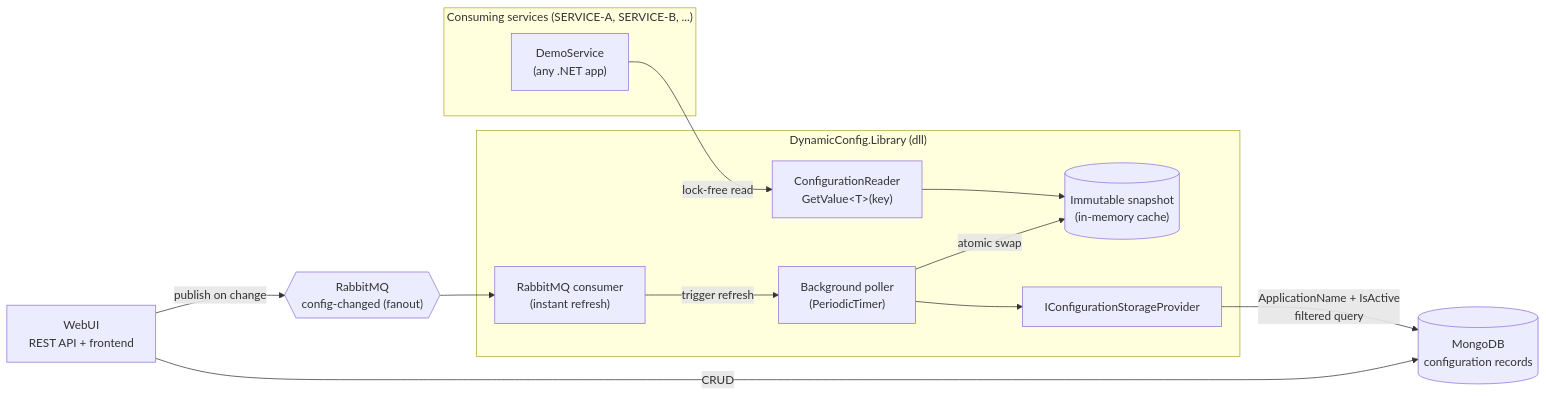
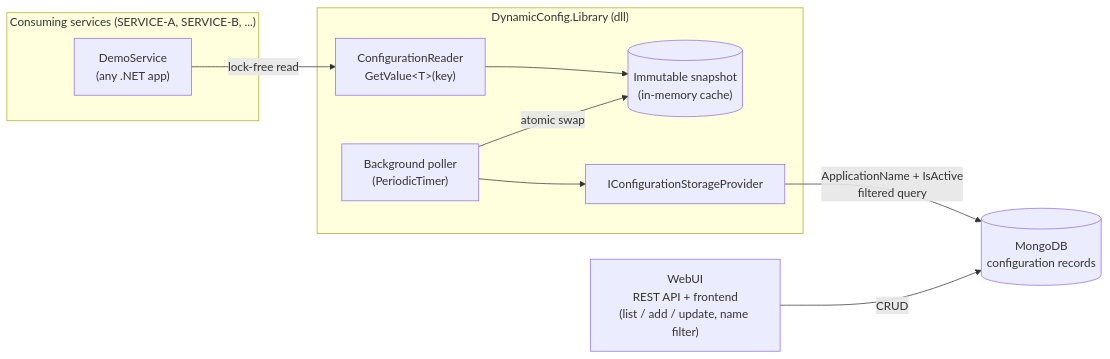
The first of 3 diagrams in docs/architecture.md (nuri35/dynamic-config-net), drawn with Mermaid before and after one commit. The commit also changed other lines of this file and 7 other files, not shown here.

````diff
--- a/docs/architecture.md
+++ b/docs/architecture.md
@@ -7,28 +7,23 @@
 ```mermaid
 flowchart LR
     subgraph consumers["Consuming services (SERVICE-A, SERVICE-B, ...)"]
         APP["DemoService<br/>(any .NET app)"]
     end
 
     subgraph lib["DynamicConfig.Library (dll)"]
         CR["ConfigurationReader<br/>GetValue&lt;T&gt;(key)"]
         SNAP[("Immutable snapshot<br/>(in-memory cache)")]
         POLL["Background poller<br/>(PeriodicTimer)"]
-        SUB["RabbitMQ consumer<br/>(instant refresh)"]
         PROV["IConfigurationStorageProvider"]
     end
 
     MONGO[("MongoDB<br/>configuration records")]
-    MQ{{"RabbitMQ<br/>config-changed (fanout)"}}
-    UI["WebUI<br/>REST API + frontend"]
+    UI["WebUI<br/>REST API + frontend<br/>(list / add / update, name filter)"]
 
     APP -- "lock-free read" --> CR
     CR --> SNAP
     POLL -- "atomic swap" --> SNAP
-    SUB -- "trigger refresh" --> POLL
     POLL --> PROV
     PROV -- "ApplicationName + IsActive<br/>filtered query" --> MONGO
-    MQ --> SUB
     UI -- "CRUD" --> MONGO
-    UI -- "publish on change" --> MQ
 ```
````
